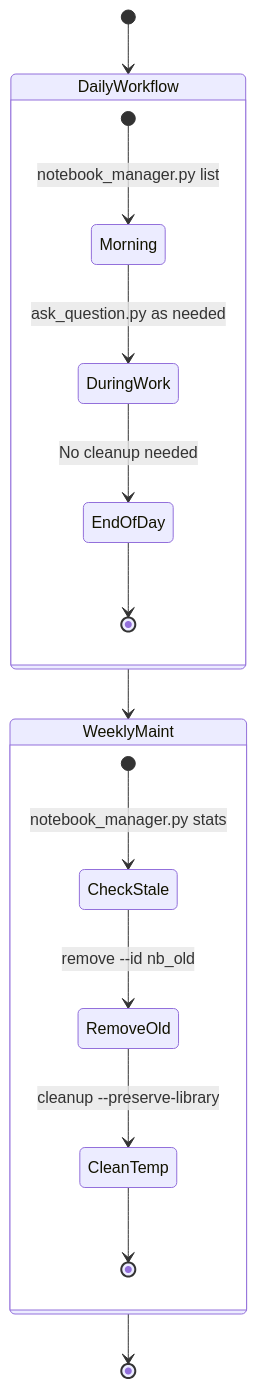
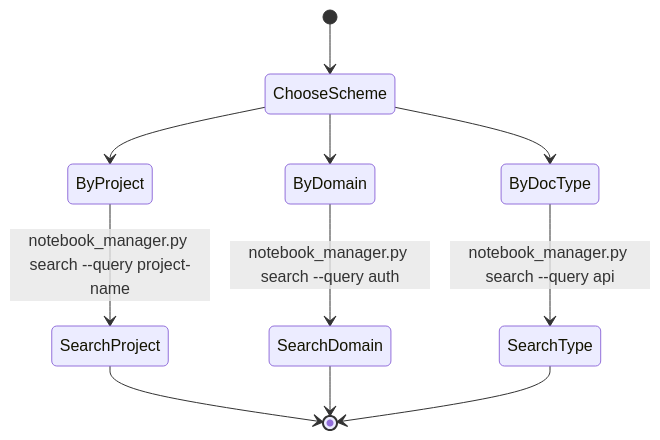
One commit to khengyun/notebooklm-experts-skill changed the seventh of 10 diagrams in references/best-practices.md. Above: the diagram before and after it, drawn with Mermaid. The commit also changed other lines of this file and 23 other files, not shown here.

````diff
--- a/references/best-practices.md
+++ b/references/best-practices.md
@@ -140,22 +154,17 @@
 ```mermaid
 stateDiagram-v2
-    [*] --> DailyWorkflow
+    [*] --> ChooseScheme
 
-    state DailyWorkflow {
-        [*] --> Morning: notebook_manager.py list
-        Morning --> DuringWork: ask_question.py as needed
-        DuringWork --> EndOfDay: No cleanup needed
-        EndOfDay --> [*]
-    }
+    state ChooseScheme <<choice>>
+    ChooseScheme --> ByProject
+    ChooseScheme --> ByDomain
+    ChooseScheme --> ByDocType
 
-    DailyWorkflow --> WeeklyMaint
+    ByProject --> SearchProject: notebook_manager.py search --query project-name
+    ByDomain --> SearchDomain: notebook_manager.py search --query auth
+    ByDocType --> SearchType: notebook_manager.py search --query api
 
-    state WeeklyMaint {
-        [*] --> CheckStale: notebook_manager.py stats
-        CheckStale --> RemoveOld: remove --id nb_old
-        RemoveOld --> CleanTemp: cleanup --preserve-library
-        CleanTemp --> [*]
-    }
-
-    WeeklyMaint --> [*]
+    SearchProject --> [*]
+    SearchDomain --> [*]
+    SearchType --> [*]
 ```
````
